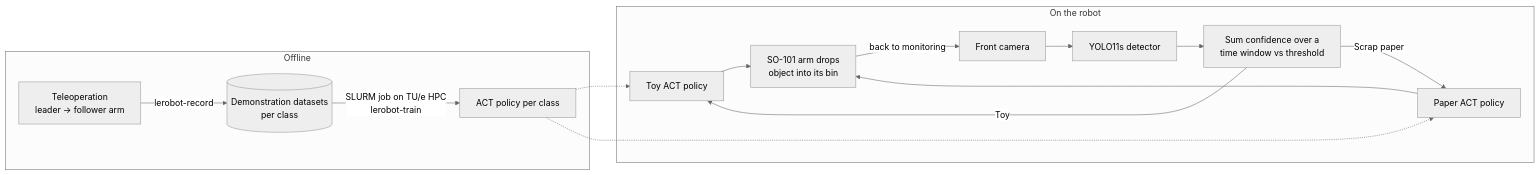
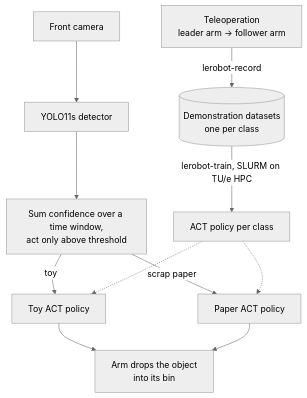
The diagram in README.md (MrPsarik/handy-cleaner-lerobot), drawn with Mermaid (neutral theme) before and after one commit.

Commit message:
Update README pipeline diagram

````diff
--- a/README.md
+++ b/README.md
@@ -29,18 +29,13 @@
 ```mermaid
-flowchart LR
-    subgraph Offline
-        A[Teleoperation<br/>leader → follower arm] -->|lerobot-record| B[(Demonstration datasets<br/>per class)]
-        B -->|SLURM job on TU/e HPC<br/>lerobot-train| C[ACT policy per class]
-    end
-    subgraph On the robot
-        D[Front camera] --> E[YOLO11s detector]
-        E --> F[Sum confidence over a<br/>time window vs threshold]
-        F -->|Toy| G[Toy ACT policy]
-        F -->|Scrap paper| H[Paper ACT policy]
-        G --> I[SO-101 arm drops<br/>object into its bin]
-        H --> I
-        I -->|back to monitoring| D
-    end
+flowchart TD
+    D["Front camera"] --> E["YOLO11s detector"]
+    E --> F["Sum confidence over a time window,<br/>act only above threshold"]
+    A["Teleoperation<br/>leader arm → follower arm"] -->|lerobot-record| B[("Demonstration datasets<br/>one per class")]
+    B -->|"lerobot-train, SLURM on TU/e HPC"| C["ACT policy per class"]
+    F -->|toy| G["Toy ACT policy"]
+    F -->|scrap paper| H["Paper ACT policy"]
     C -.-> G
     C -.-> H
+    G --> I["Arm drops the object<br/>into its bin"]
+    H --> I
 ```
````
